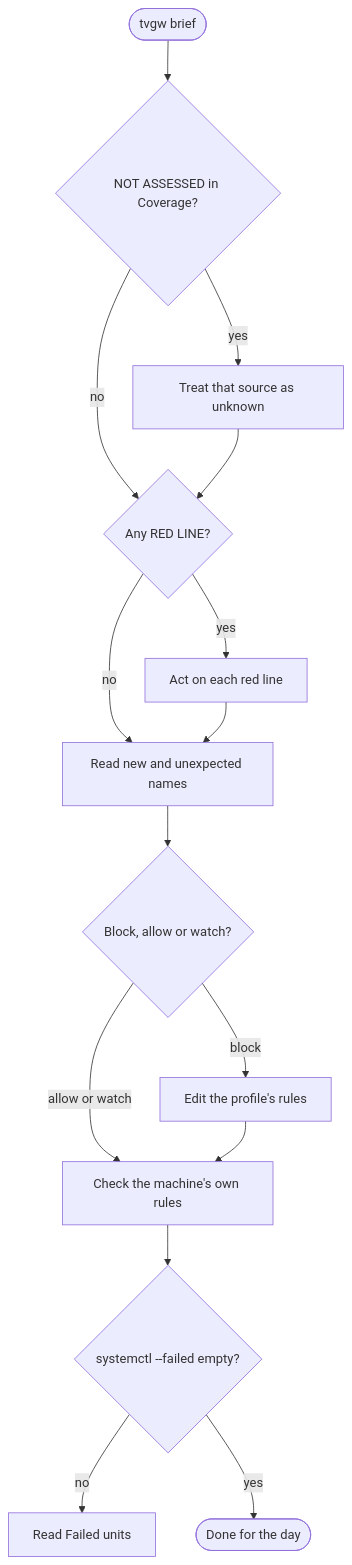
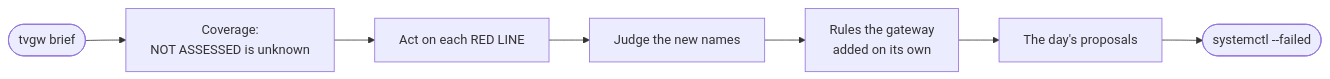
One commit to kywwilson11/tvgw changed the first of 2 diagrams in docs/operations.md. Above: the diagram before and after it, drawn with Mermaid. The commit also changed other lines of this file, not shown here.

First line of the commit message:
docs/operations: the runbook against main's brief and deploy path

````diff
--- a/docs/operations.md
+++ b/docs/operations.md
@@ -9,17 +9,6 @@
 ```mermaid
-flowchart TD
-    start(["tvgw brief"]) --> cov{"NOT ASSESSED in Coverage?"}
-    cov -->|yes| unknown["Treat that source as unknown"]
-    cov -->|no| red{"Any RED LINE?"}
-    unknown --> red
-    red -->|yes| act["Act on each red line"]
-    red -->|no| names["Read new and unexpected names"]
-    act --> names
-    names --> decide{"Block, allow or watch?"}
-    decide -->|block| edit["Edit the profile's rules"]
-    decide -->|"allow or watch"| machine["Check the machine's own rules"]
-    edit --> machine
-    machine --> failed{"systemctl --failed empty?"}
-    failed -->|no| units["Read Failed units"]
-    failed -->|yes| done(["Done for the day"])
+flowchart LR
+    brief(["tvgw brief"]) --> cov["Coverage:<br/>NOT ASSESSED is unknown"] --> red["Act on each RED LINE"]
+    red --> names["Judge the new names"] --> machine["Rules the gateway<br/>added on its own"]
+    machine --> proposals["The day's proposals"] --> failed(["systemctl --failed"])
 ```
````
